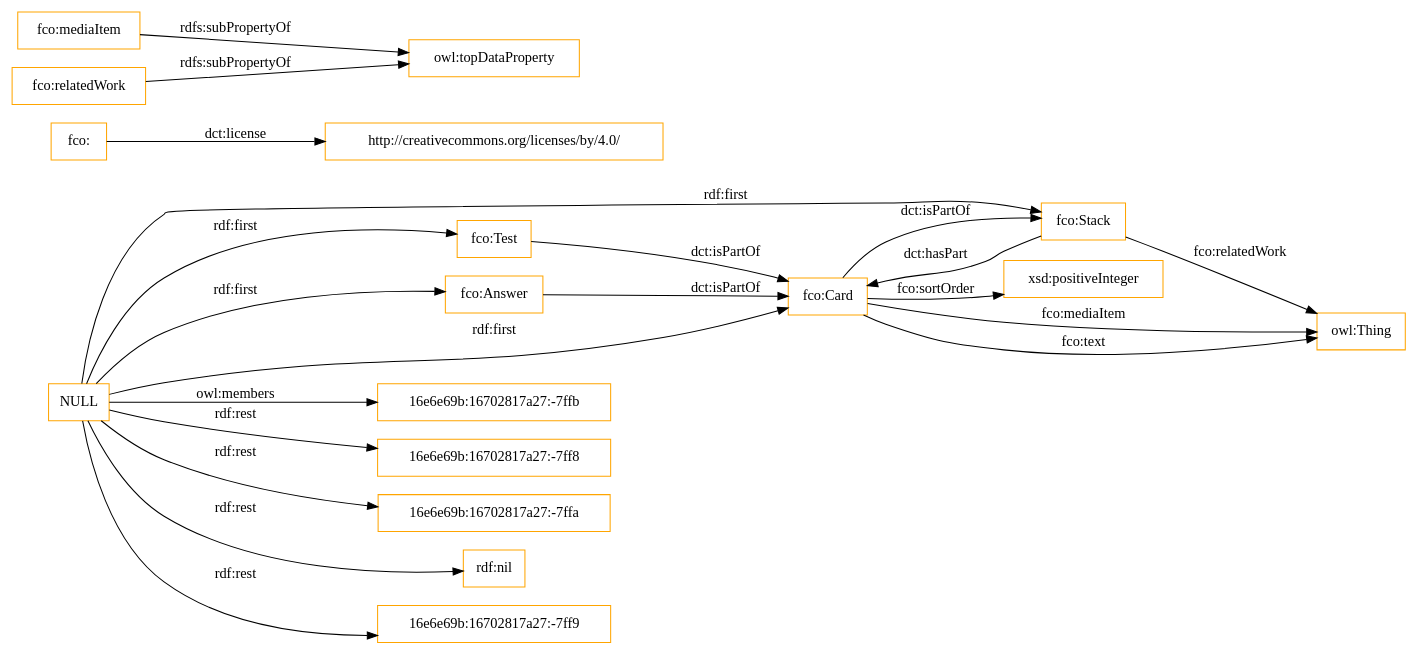
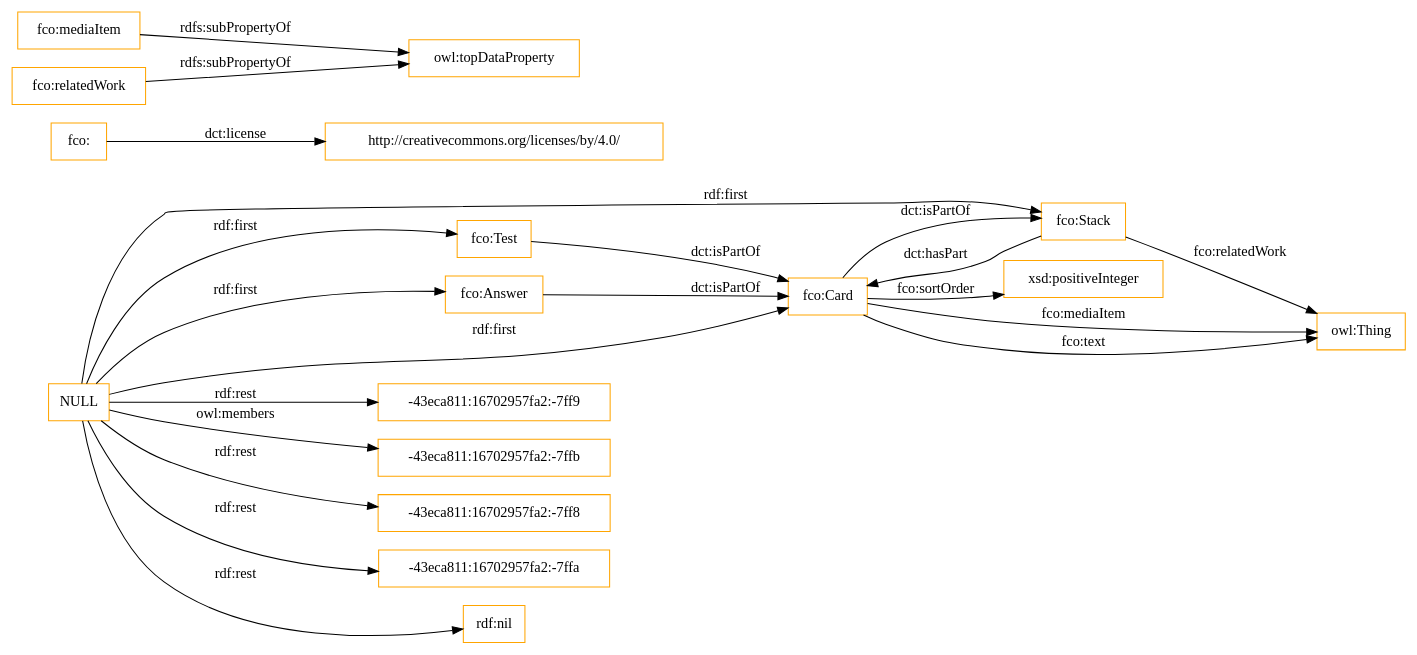
One commit to OnToologyUser/flashcard-vocabulary changed the diagram in OnToology/flashcardvoc.owl/diagrams/ar2dtool-class/flashcardvoc.owl.png.dot. Above: the diagram before and after it, drawn with Graphviz. The commit also changed 6 other files, not shown here.

```diff
--- a/OnToology/flashcardvoc.owl/diagrams/ar2dtool-class/flashcardvoc.owl.png.dot
+++ b/OnToology/flashcardvoc.owl/diagrams/ar2dtool-class/flashcardvoc.owl.png.dot
@@ -1,26 +1,26 @@
 digraph ar2dtool_diagram { 
 rankdir=LR;
 size="1501"
 node [shape = rectangle, color="orange"]; "fco:Test" "fco:Stack" "fco:Card" "fco:Answer" ; /*classes style*/
 	"fco:Card" -> "fco:Stack" [ label = "dct:isPartOf" ];
+	"fco:Test" -> "fco:Card" [ label = "dct:isPartOf" ];
 	"fco:Answer" -> "fco:Card" [ label = "dct:isPartOf" ];
 	"fco:Stack" -> "fco:Card" [ label = "dct:hasPart" ];
-	"fco:Test" -> "fco:Card" [ label = "dct:isPartOf" ];
 	"fco:" -> "http://creativecommons.org/licenses/by/4.0/" [ label = "dct:license" ];
 	"fco:mediaItem" -> "owl:topDataProperty" [ label = "rdfs:subPropertyOf" ];
 	"fco:relatedWork" -> "owl:topDataProperty" [ label = "rdfs:subPropertyOf" ];
-	"NULL" -> "16e6e69b:16702817a27:-7ffb" [ label = "owl:members" ];
-	"NULL" -> "16e6e69b:16702817a27:-7ff8" [ label = "rdf:rest" ];
+	"NULL" -> "-43eca811:16702957fa2:-7ff9" [ label = "rdf:rest" ];
+	"NULL" -> "fco:Card" [ label = "rdf:first" ];
+	"NULL" -> "-43eca811:16702957fa2:-7ffb" [ label = "owl:members" ];
+	"NULL" -> "-43eca811:16702957fa2:-7ff8" [ label = "rdf:rest" ];
 	"NULL" -> "fco:Stack" [ label = "rdf:first" ];
-	"NULL" -> "16e6e69b:16702817a27:-7ffa" [ label = "rdf:rest" ];
+	"NULL" -> "-43eca811:16702957fa2:-7ffa" [ label = "rdf:rest" ];
 	"NULL" -> "fco:Answer" [ label = "rdf:first" ];
 	"NULL" -> "rdf:nil" [ label = "rdf:rest" ];
 	"NULL" -> "fco:Test" [ label = "rdf:first" ];
-	"NULL" -> "16e6e69b:16702817a27:-7ff9" [ label = "rdf:rest" ];
-	"NULL" -> "fco:Card" [ label = "rdf:first" ];
 	"fco:Card" -> "xsd:positiveInteger" [ label = "fco:sortOrder" ];
 	"fco:Stack" -> "owl:Thing" [ label = "fco:relatedWork" ];
 	"fco:Card" -> "owl:Thing" [ label = "fco:mediaItem" ];
 	"fco:Card" -> "owl:Thing" [ label = "fco:text" ];
 
 }
```
